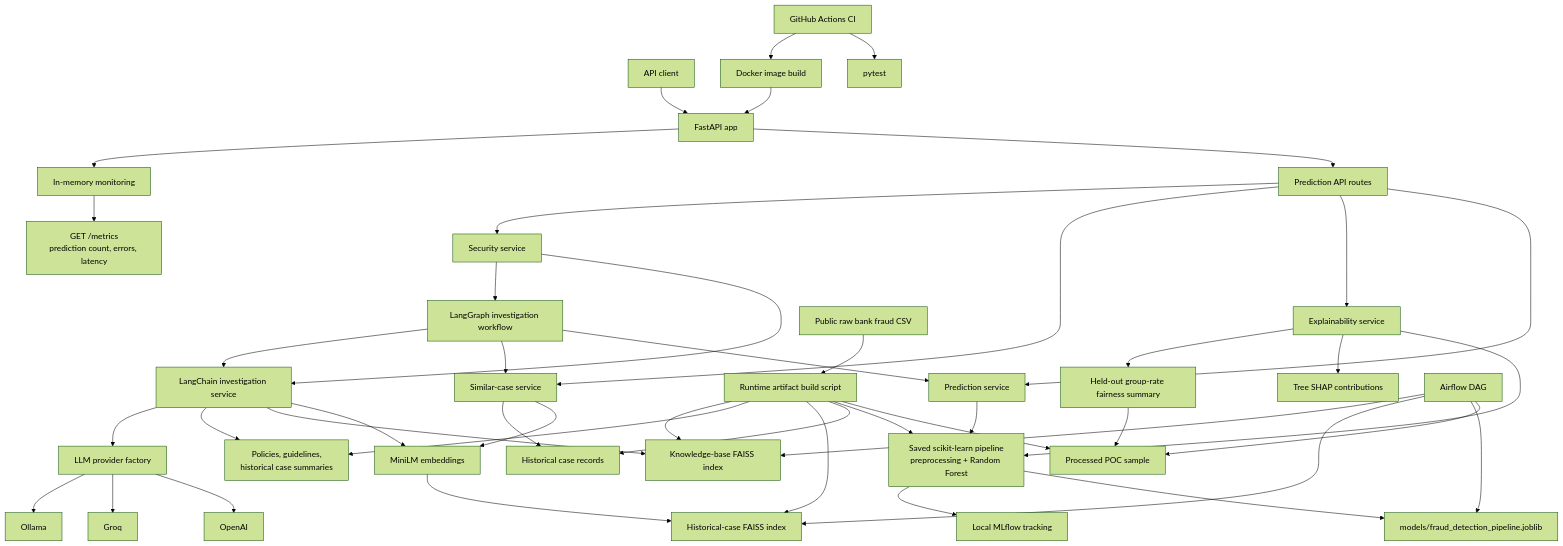
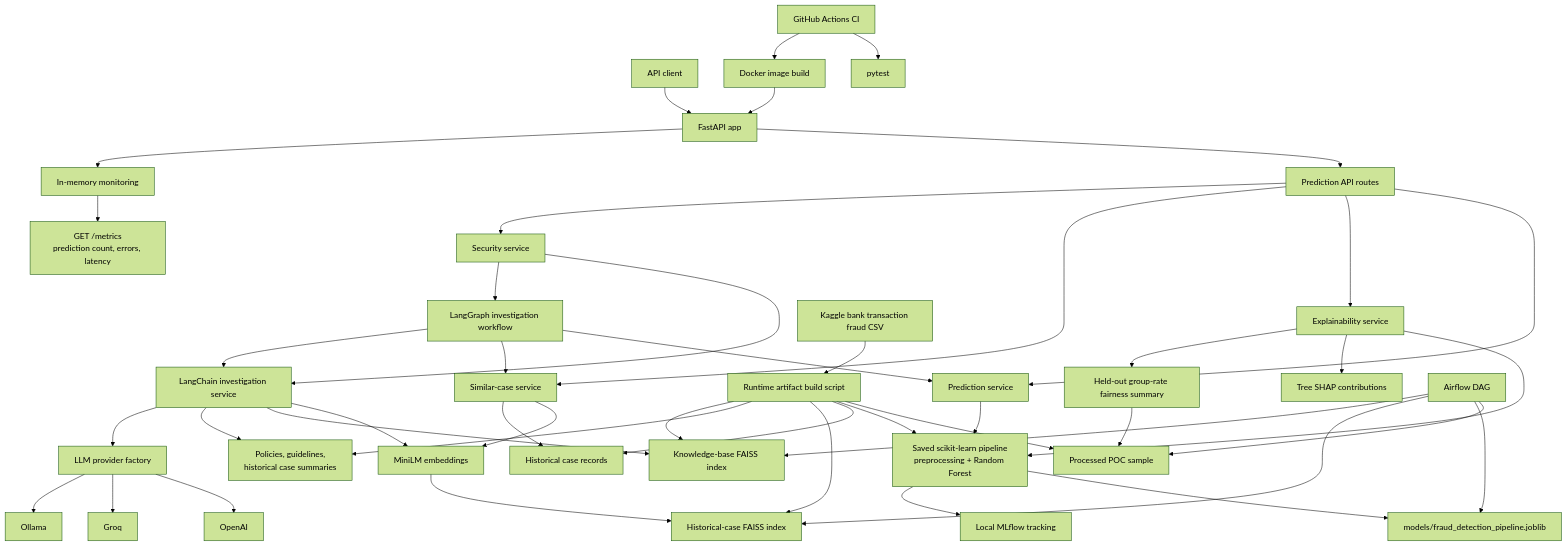
The diagram in docs/architecture.md (vilvapriya21/ai_fraud_detection_poc), drawn with Mermaid (forest theme) before and after one commit. The commit also changed other lines of this file and 19 other files, not shown here.

````diff
--- a/docs/architecture.md
+++ b/docs/architecture.md
@@ -3,53 +3,53 @@
 ```mermaid
 flowchart TB
     Client[API client] --> API[FastAPI app]
     API --> Routes[Prediction API routes]
     API --> Monitor[In-memory monitoring]
     Monitor --> Metrics[GET /metrics<br/>prediction count, errors, latency]
 
     Routes --> Predict[Prediction service]
     Predict --> Pipeline[Saved scikit-learn pipeline<br/>preprocessing + Random Forest]
     Pipeline --> ModelArtifact[models/fraud_detection_pipeline.joblib]
 
     Routes --> Explain[Explainability service]
     Explain --> Pipeline
     Explain --> SHAP[Tree SHAP contributions]
     Explain --> Fairness[Held-out group-rate fairness summary]
     Fairness --> ProcessedData[Processed POC sample]
 
     Routes --> CaseSearch[Similar-case service]
     CaseSearch --> MiniLM[MiniLM embeddings]
     MiniLM --> CaseFAISS[Historical-case FAISS index]
     CaseSearch --> CaseData[Historical case records]
 
     Routes --> Security[Security service]
     Security --> RAG[LangChain investigation service]
     Security --> Agents[LangGraph investigation workflow]
     RAG --> MiniLM
     RAG --> KnowledgeFAISS[Knowledge-base FAISS index]
     RAG --> KnowledgeData[Policies, guidelines,<br/>historical case summaries]
     RAG --> ProviderFactory[LLM provider factory]
     ProviderFactory --> OpenAI[OpenAI]
     ProviderFactory --> Groq[Groq]
     ProviderFactory --> Ollama[Ollama]
     Agents --> Predict
     Agents --> CaseSearch
     Agents --> RAG
 
-    RawData[Public raw bank fraud CSV] --> Build[Runtime artifact build script]
+    RawData[Kaggle bank transaction fraud CSV] --> Build[Runtime artifact build script]
     Build --> ProcessedData
     Build --> Pipeline
     Build --> CaseData
     Build --> CaseFAISS
     Build --> KnowledgeData
     Build --> KnowledgeFAISS
     Pipeline --> MLflow[Local MLflow tracking]
 
     Airflow[Airflow DAG] --> ProcessedData
     Airflow --> ModelArtifact
     Airflow --> CaseFAISS
     Airflow --> KnowledgeFAISS
     GitHubActions[GitHub Actions CI] --> Tests[pytest]
     GitHubActions --> Docker[Docker image build]
     Docker --> API
 ```
````
